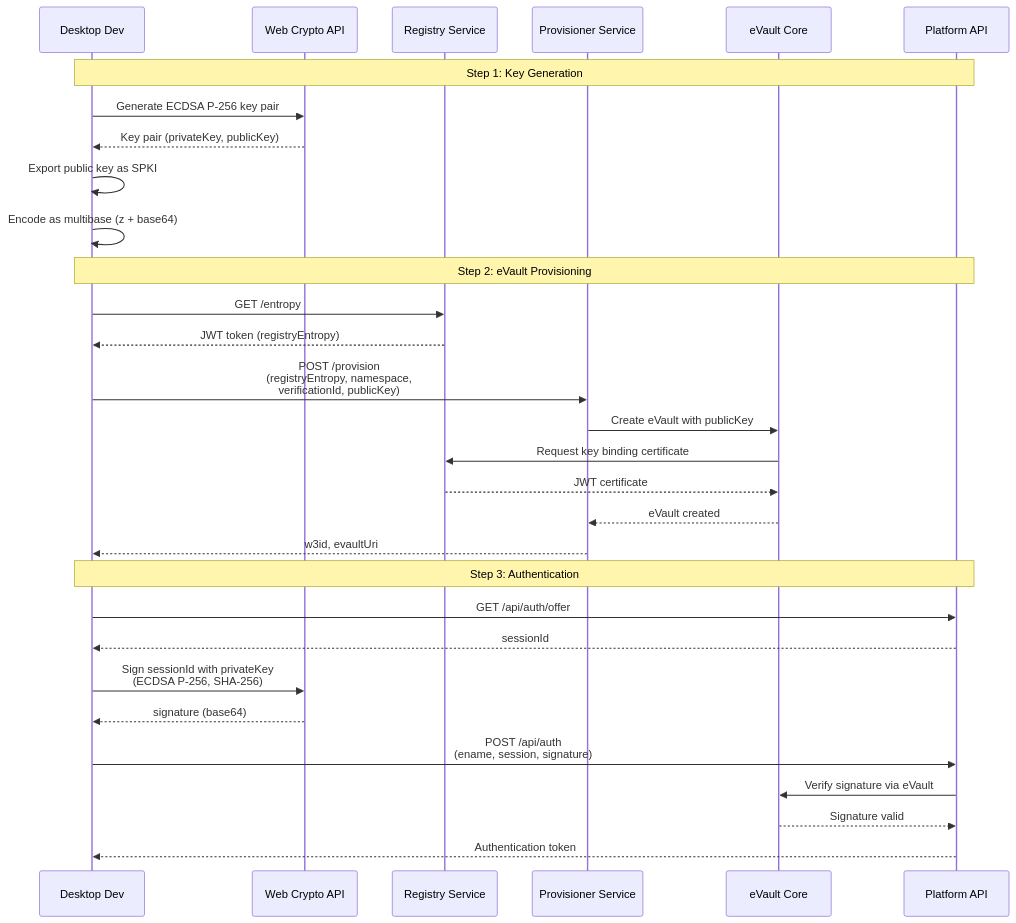
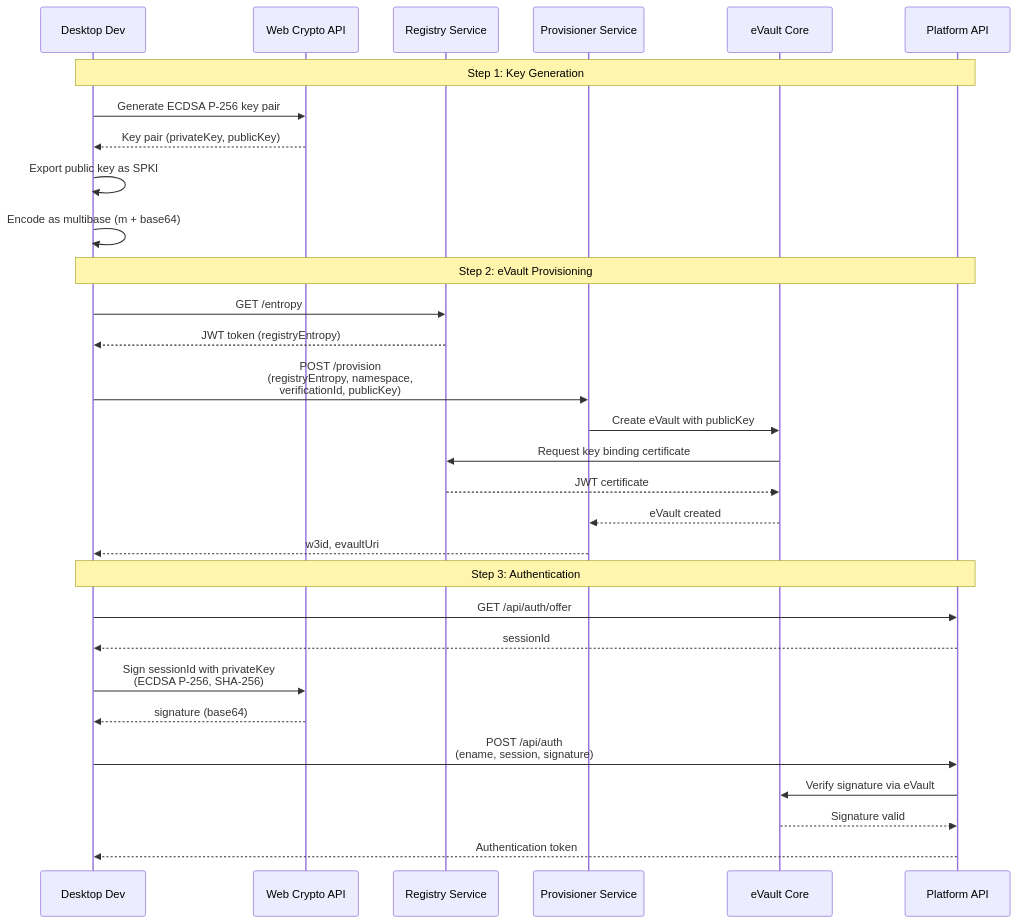
Before and after one commit to MetaState-Prototype-Project/prototype: the second of 3 diagrams in docs/docs/W3DS Protocol/Signatures.md, drawn with Mermaid. The commit also changed other lines of this file, not shown here.

````diff
--- a/docs/docs/W3DS Protocol/Signatures.md
+++ b/docs/docs/W3DS Protocol/Signatures.md
@@ -354,35 +363,35 @@
 ```mermaid
 sequenceDiagram
     participant Dev as Desktop Dev
     participant Crypto as Web Crypto API
     participant Registry as Registry Service
     participant Provisioner as Provisioner Service
     participant EVault as eVault Core
     participant Platform as Platform API
 
     Note over Dev,Platform: Step 1: Key Generation
     Dev->>Crypto: Generate ECDSA P-256 key pair
     Crypto-->>Dev: Key pair (privateKey, publicKey)
     Dev->>Dev: Export public key as SPKI
-    Dev->>Dev: Encode as multibase (z + base64)
+    Dev->>Dev: Encode as multibase (m + base64)
 
     Note over Dev,Platform: Step 2: eVault Provisioning
     Dev->>Registry: GET /entropy
     Registry-->>Dev: JWT token (registryEntropy)
     Dev->>Provisioner: POST /provision<br/>(registryEntropy, namespace,<br/>verificationId, publicKey)
     Provisioner->>EVault: Create eVault with publicKey
     EVault->>Registry: Request key binding certificate
     Registry-->>EVault: JWT certificate
     EVault-->>Provisioner: eVault created
     Provisioner-->>Dev: w3id, evaultUri
 
     Note over Dev,Platform: Step 3: Authentication
     Dev->>Platform: GET /api/auth/offer
     Platform-->>Dev: sessionId
     Dev->>Crypto: Sign sessionId with privateKey<br/>(ECDSA P-256, SHA-256)
     Crypto-->>Dev: signature (base64)
     Dev->>Platform: POST /api/auth<br/>(ename, session, signature)
     Platform->>EVault: Verify signature via eVault
     EVault-->>Platform: Signature valid
     Platform-->>Dev: Authentication token
 ```
````
